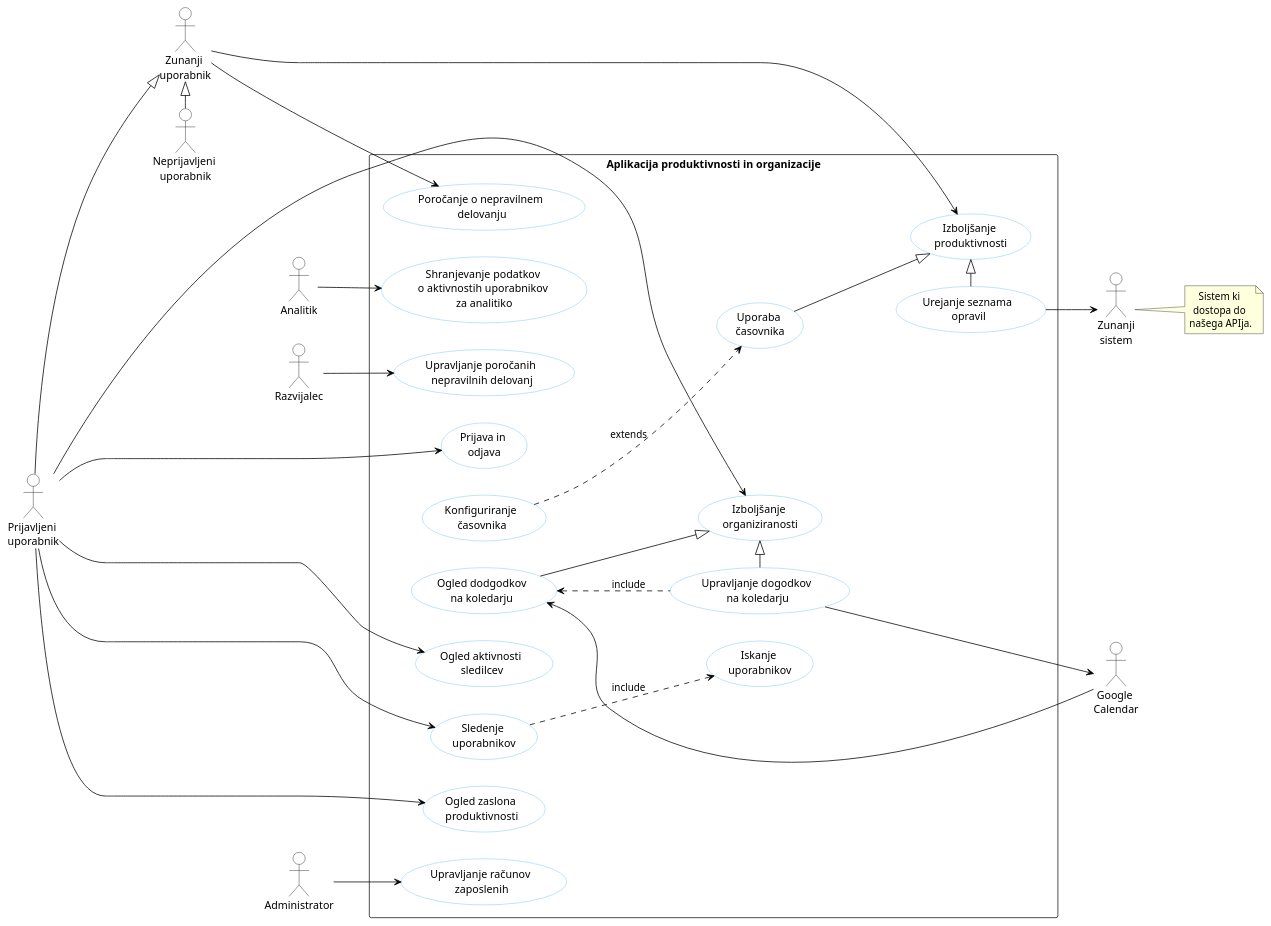
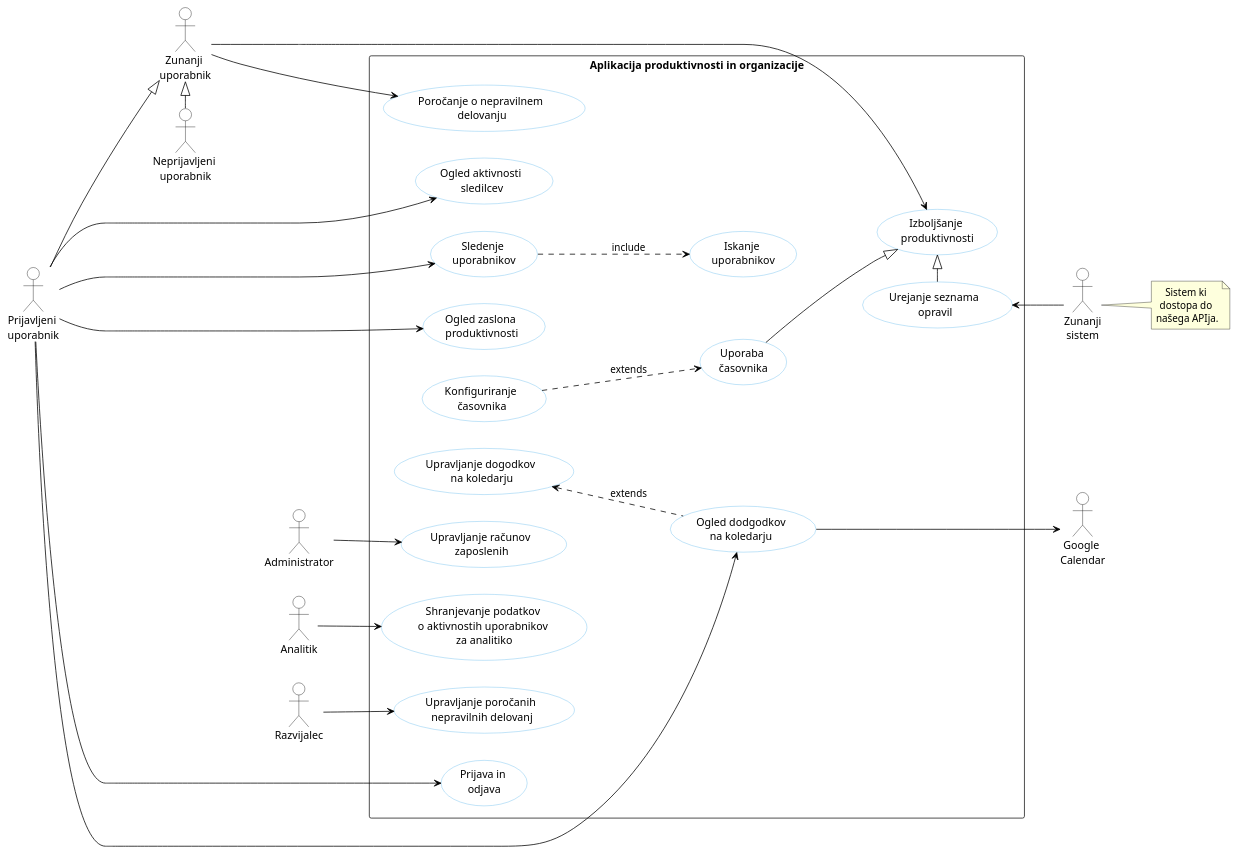
The diagram in docs/gradivo/plantuml/DPU.puml (juremrzek/ProductivityApp), drawn with PlantUML before and after one commit.

Commit message:
fix dpu code

```diff
--- a/docs/gradivo/plantuml/DPU.puml
+++ b/docs/gradivo/plantuml/DPU.puml
@@ -1,72 +1,67 @@
 @startuml
 skinparam backgroundcolor transparent
 skinparam defaultTextAlignment center
 skinparam usecase {
   backgroundColor white
   borderColor #5FB8EC
   arrowColor black
 }
 skinparam actorBorderColor black
 skinparam actorBackgroundColor white
 
 left to right direction
 
 actor "Zunanji \nuporabnik" AS ZU
 actor "Prijavljeni \nuporabnik" AS PRUp
 actor "Neprijavljeni \nuporabnik" AS NPU
 actor "Administrator" AS ADMIN
 actor "Analitik" AS ANAL
 actor "Razvijalec" AS DEV
 actor "Zunanji\nsistem" AS S1
 note right of S1 : Sistem ki \ndostopa do \nnašega APIja.
 actor "Google \nCalendar" AS GOOG
 
 rectangle "Aplikacija produktivnosti in organizacije" {
   usecase "Uporaba \nčasovnika" AS PU1
   usecase "Konfiguriranje \nčasovnika" AS PU2
   usecase "Prijava in \nodjava" AS PU3
   usecase "Ogled aktivnosti \nsledilcev" AS PU4
   usecase "Upravljanje računov \nzaposlenih" AS PU5
   usecase "Urejanje seznama \nopravil" AS PU6
   usecase "Sledenje \nuporabnikov" AS PU7
   usecase "Iskanje \nuporabnikov" AS PU8
   usecase "Ogled zaslona \nproduktivnosti" AS PU9
   usecase "Poročanje o nepravilnem \ndelovanju" AS PU10
   usecase "Ogled dodgodkov\nna koledarju" AS PU11
   usecase "Upravljanje dogodkov \nna koledarju" AS PU12
   usecase "Upravljanje poročanih \nnepravilnih delovanj" AS PU13
   usecase "Shranjevanje podatkov \no aktivnostih uporabnikov \nza analitiko" AS PU14
   usecase "Izboljšanje \nproduktivnosti" AS PU15
-  usecase "Izboljšanje \norganiziranosti" AS PU16
 }
 
 PRUp ---|> ZU
 NPU -left-|> ZU
 
 DEV --> (PU13)
 ANAL --> (PU14)
 ADMIN --> (PU5)
 
 PRUp -> (PU4)
-PRUp --> (PU16)
+PRUp --> (PU11)
 PRUp -> (PU7)
 PRUp -> (PU9)
 PRUp -> (PU3)
 
 ZU -right-> (PU15)
 ZU ---> (PU10)
 
-(PU6) -down-> S1
-GOOG -left-> (PU11)
-(PU12) ---> GOOG
+S1 -up-> (PU6)
+(PU11) ---> GOOG
 
 (PU7) ..> (PU8) : include
-(PU12) .up.> (PU11) : include
+(PU11) .up.> (PU12) : extends
 (PU2) ..> (PU1) : extends
 
 (PU1) -down-|> (PU15)
 (PU6) -|> (PU15)
-
-(PU11) -down-|> (PU16)
-(PU12) -|> (PU16)
 @enduml
```
